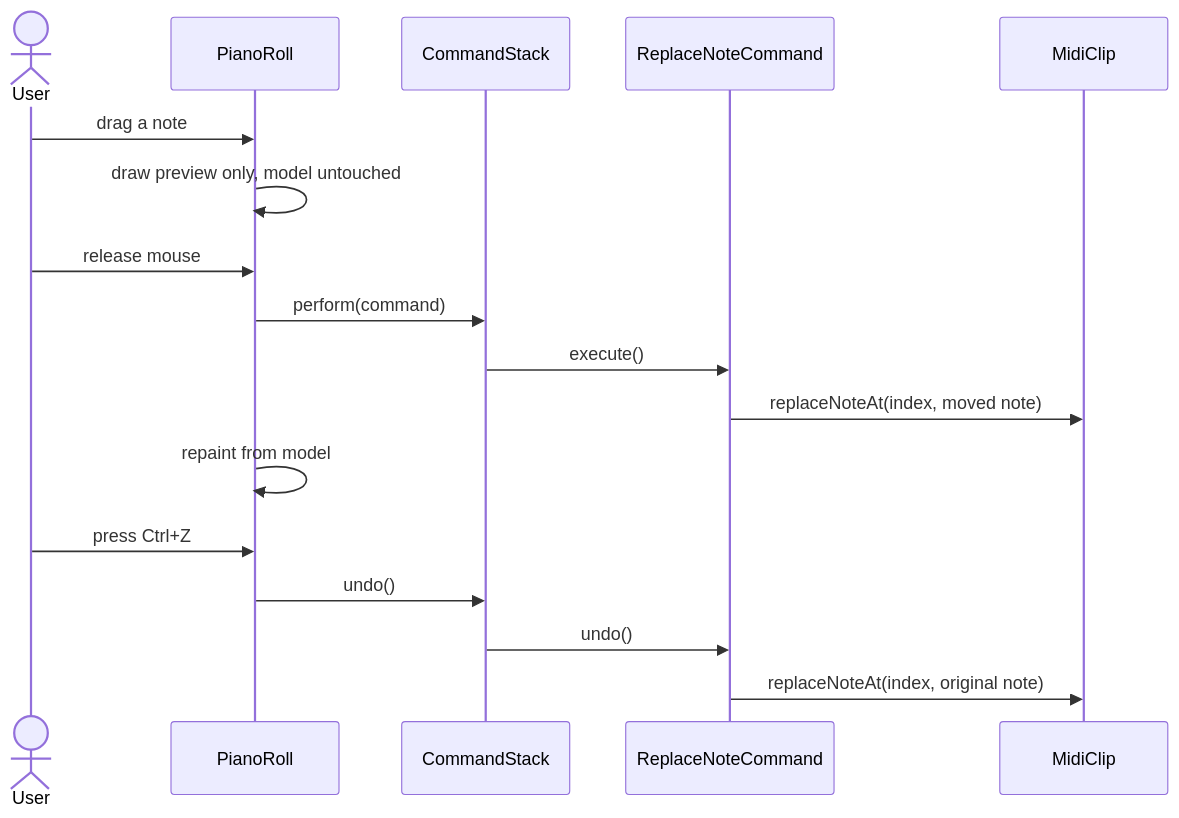
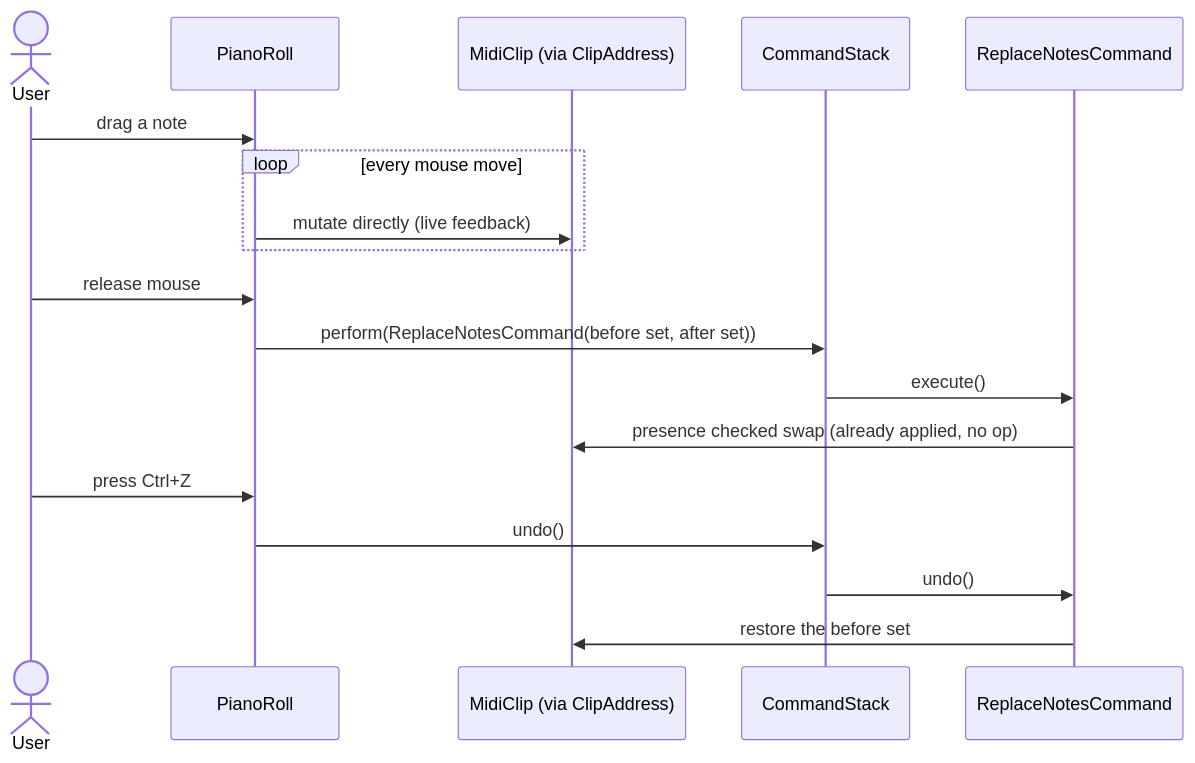
One commit to ajnieves1/Howl changed the second of 6 diagrams in docs/sequences.md. Above: the diagram before and after it, drawn with Mermaid. The commit also changed other lines of this file and 3 other files, not shown here.

First line of the commit message:
bring the reference docs up to date with the current architecture

````diff
--- a/docs/sequences.md
+++ b/docs/sequences.md
@@ -43,21 +44,22 @@
 ```mermaid
 sequenceDiagram
     actor User
     participant Roll as PianoRoll
+    participant Clip as MidiClip (via ClipAddress)
     participant Stack as CommandStack
-    participant Cmd as ReplaceNoteCommand
-    participant Clip as MidiClip
+    participant Cmd as ReplaceNotesCommand
 
     User->>Roll: drag a note
-    Roll->>Roll: draw preview only, model untouched
+    loop every mouse move
+        Roll->>Clip: mutate directly (live feedback)
+    end
     User->>Roll: release mouse
-    Roll->>Stack: perform(command)
+    Roll->>Stack: perform(ReplaceNotesCommand(before set, after set))
     Stack->>Cmd: execute()
-    Cmd->>Clip: replaceNoteAt(index, moved note)
-    Roll->>Roll: repaint from model
+    Cmd->>Clip: presence checked swap (already applied, no op)
 
     User->>Roll: press Ctrl+Z
     Roll->>Stack: undo()
     Stack->>Cmd: undo()
-    Cmd->>Clip: replaceNoteAt(index, original note)
+    Cmd->>Clip: restore the before set
 ```
````
